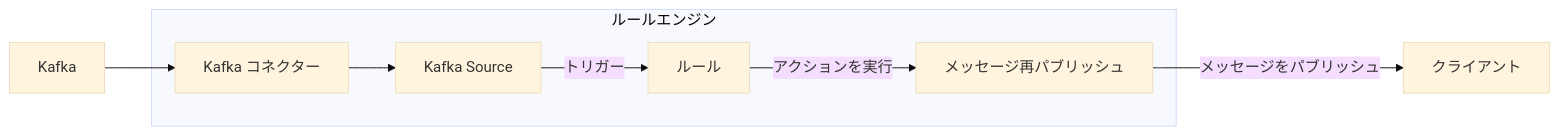
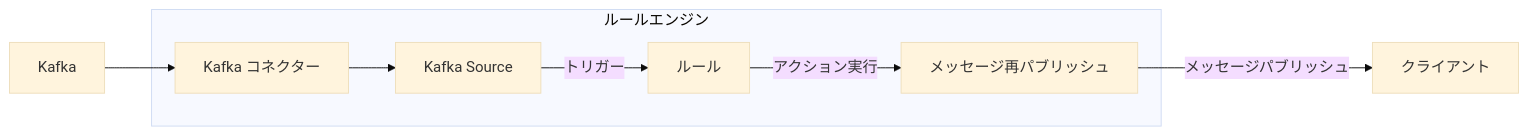
The second of 2 diagrams in ja_JP/data-integration/data-bridges.md (emqx/emqx-docs), drawn with Mermaid (base theme) before and after one commit. The commit also changed other lines of this file and 82 other files, not shown here.

````diff
--- a/ja_JP/data-integration/data-bridges.md
+++ b/ja_JP/data-integration/data-bridges.md
@@ -62,11 +62,11 @@
 ```mermaid
 graph LR
   A[Kafka] --> B[Kafka コネクター]
   subgraph ルールエンジン
     B --> C[Kafka Source]
     C -->  |トリガー| D[ルール]
-    D -->  |アクションを実行| D1[メッセージ再パブリッシュ]
+    D -->  |アクション実行| D1[メッセージ再パブリッシュ]
   end
 
-D1 -->|メッセージをパブリッシュ| E[クライアント]
+D1 -->|メッセージパブリッシュ| E[クライアント]
 ```
````
